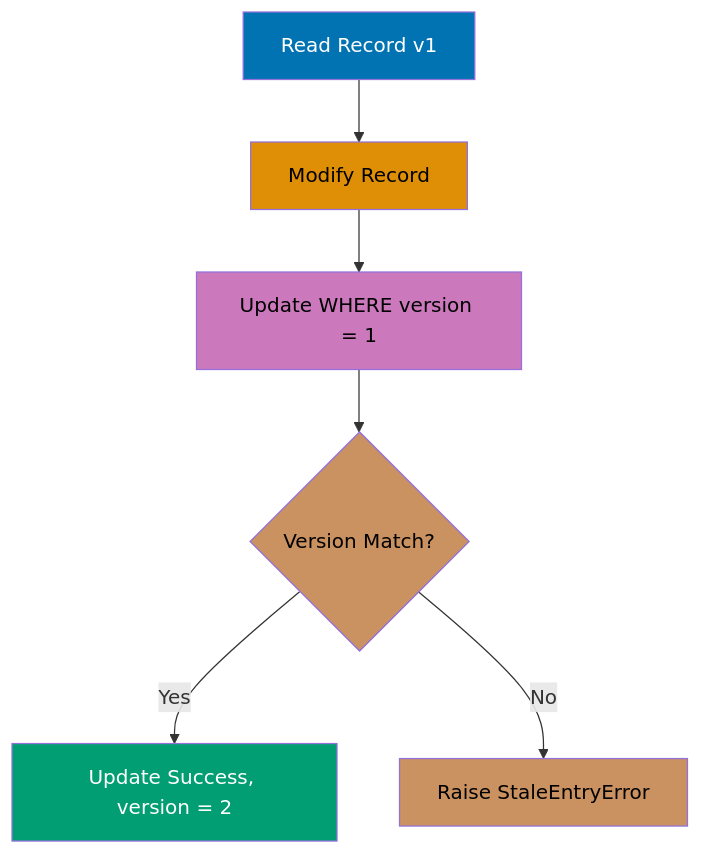
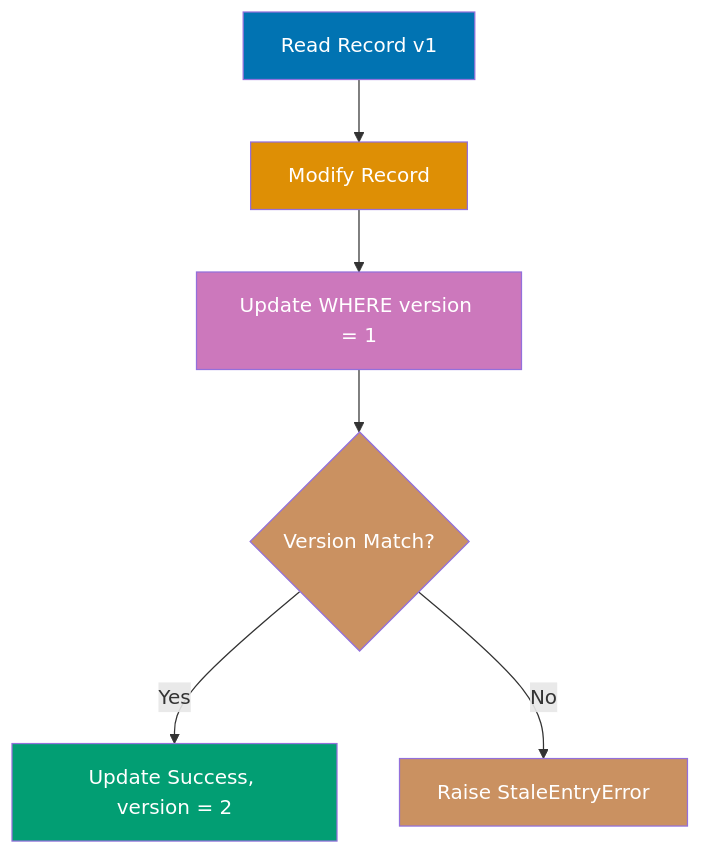
The fourth of 12 diagrams in apps/ayokoding-web/content/en/learn/software-engineering/data/tools/elixir-ecto/by-example/advanced.md (wahidyankf/open-sharia-enterprise), drawn with Mermaid before and after one commit. The commit also changed other lines of this file and 61 other files, not shown here.

First line of the commit message:
fix(ayokoding-web): quote Mermaid node labels with special characters in Example 63

````diff
--- a/apps/ayokoding-web/content/en/learn/software-engineering/data/tools/elixir-ecto/by-example/advanced.md
+++ b/apps/ayokoding-web/content/en/learn/software-engineering/data/tools/elixir-ecto/by-example/advanced.md
@@ -458,17 +458,17 @@
 ```mermaid
 %% Color Palette: Blue #0173B2, Orange #DE8F05, Teal #029E73, Purple #CC78BC, Brown #CA9161
 %%  Optimistic Locking Flow
 graph TD
     A[Read Record v1] --> B[Modify Record]
     B --> C[Update WHERE version = 1]
     C --> D{Version Match?}
     D -->|Yes| E[Update Success, version = 2]
     D -->|No| F[Raise StaleEntryError]
 
     style A fill:#0173B2,color:#fff
-    style B fill:#DE8F05,color:#000
-    style C fill:#CC78BC,color:#000
-    style D fill:#CA9161,color:#000
+    style B fill:#DE8F05,color:#fff
+    style C fill:#CC78BC,color:#fff
+    style D fill:#CA9161,color:#fff
     style E fill:#029E73,color:#fff
-    style F fill:#CA9161,color:#000
+    style F fill:#CA9161,color:#fff
 ```
````
